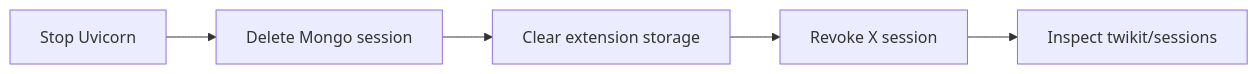
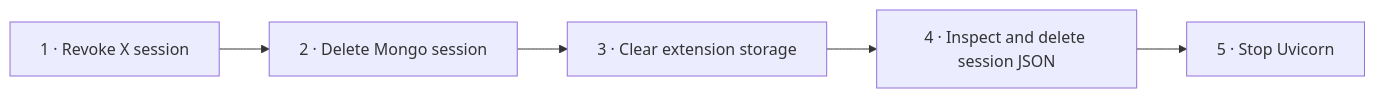
One commit to SidheshwarSarangal/X_feed_extension changed the sixth of 6 diagrams in docs/setup.md. Above: the diagram before and after it, drawn with Mermaid. The commit also changed other lines of this file and 8 other files, not shown here.

````diff
--- a/docs/setup.md
+++ b/docs/setup.md
@@ -138,8 +176,8 @@
 ```mermaid
 flowchart LR
-    Stop[Stop Uvicorn] --> DeleteDB[Delete Mongo session]
-    DeleteDB --> ClearChrome[Clear extension storage]
-    ClearChrome --> Revoke[Revoke X session]
-    Revoke --> Inspect[Inspect twikit/sessions]
+    Revoke[1 · Revoke X session] --> DeleteDB[2 · Delete Mongo session]
+    DeleteDB --> ClearChrome[3 · Clear extension storage]
+    ClearChrome --> Inspect[4 · Inspect and delete session JSON]
+    Inspect --> Stop[5 · Stop Uvicorn]
 
 ```
````
